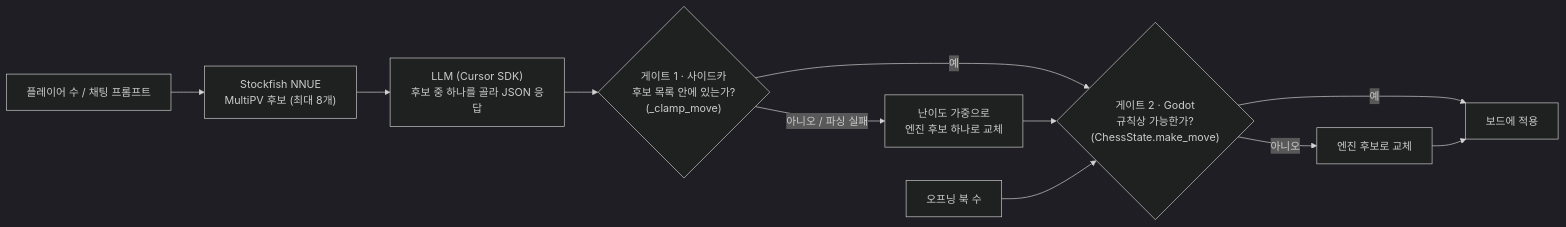
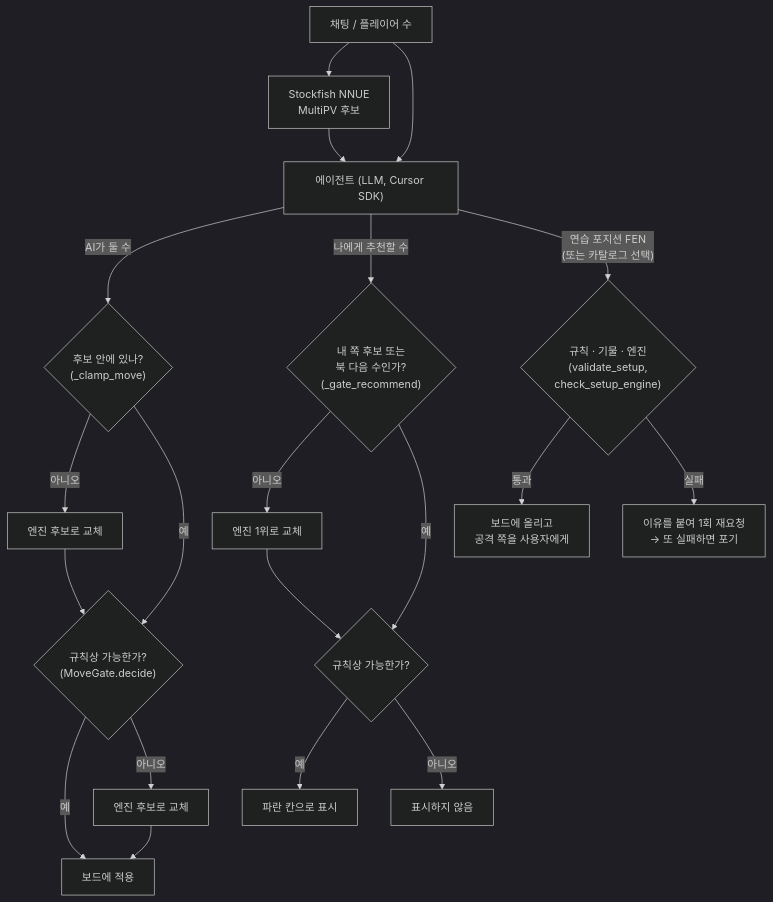
The diagram in README.md (buc89l2nb41/GodotNnuePromptChess), drawn with Mermaid (dark theme) before and after one commit. The commit also changed other lines of this file and 24 other files, not shown here.

First line of the commit message:
Add gated move recommendations and chat-driven practice setup

````diff
--- a/README.md
+++ b/README.md
@@ -13,13 +52,20 @@
 ```mermaid
-flowchart LR
-    P["플레이어 수 / 채팅 프롬프트"] --> SF["Stockfish NNUE<br/>MultiPV 후보 (최대 8개)"]
-    SF --> LLM["LLM (Cursor SDK)<br/>후보 중 하나를 골라 JSON 응답"]
-    LLM --> G1{"게이트 1 · 사이드카<br/>후보 목록 안에 있는가?<br/>(_clamp_move)"}
-    G1 -- 예 --> G2{"게이트 2 · Godot<br/>규칙상 가능한가?<br/>(ChessState.make_move)"}
-    G1 -- "아니오 / 파싱 실패" --> R1["난이도 가중으로<br/>엔진 후보 하나로 교체"]
-    R1 --> G2
-    BOOK["오프닝 북 수"] --> G2
+flowchart TD
+    U["채팅 / 플레이어 수"] --> SF["Stockfish NNUE<br/>MultiPV 후보"]
+    U --> LLM["에이전트 (LLM, Cursor SDK)"]
+    SF --> LLM
+    LLM -->|"AI가 둘 수"| G1{"후보 안에 있나?<br/>(_clamp_move)"}
+    G1 -- 아니오 --> R1["엔진 후보로 교체"]
+    G1 -- 예 --> G2
+    R1 --> G2{"규칙상 가능한가?<br/>(MoveGate.decide)"}
     G2 -- 예 --> B["보드에 적용"]
-    G2 -- 아니오 --> R2["엔진 후보로 교체"]
-    R2 --> B
+    G2 -- 아니오 --> R2["엔진 후보로 교체"] --> B
+    LLM -->|"나에게 추천할 수"| GR{"내 쪽 후보 또는<br/>북 다음 수인가?<br/>(_gate_recommend)"}
+    GR -- 아니오 --> RR["엔진 1위로 교체"] --> GRL
+    GR -- 예 --> GRL{"규칙상 가능한가?"}
+    GRL -- 예 --> H["파란 칸으로 표시"]
+    GRL -- 아니오 --> X["표시하지 않음"]
+    LLM -->|"연습 포지션 FEN<br/>(또는 카탈로그 선택)"| GS{"규칙 · 기물 · 엔진<br/>(validate_setup,<br/>check_setup_engine)"}
+    GS -- 통과 --> B2["보드에 올리고<br/>공격 쪽을 사용자에게"]
+    GS -- 실패 --> RT["이유를 붙여 1회 재요청<br/>→ 또 실패하면 포기"]
 ```
````
